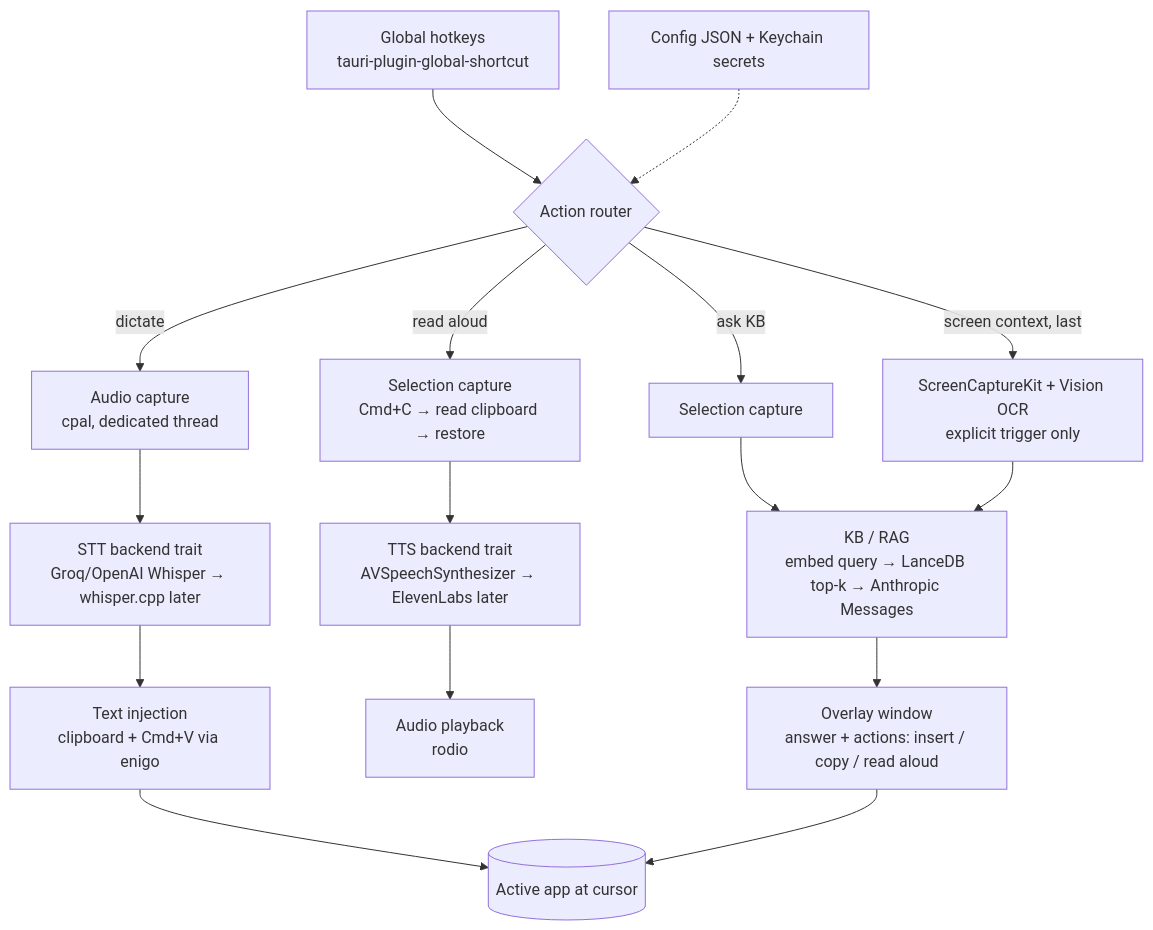
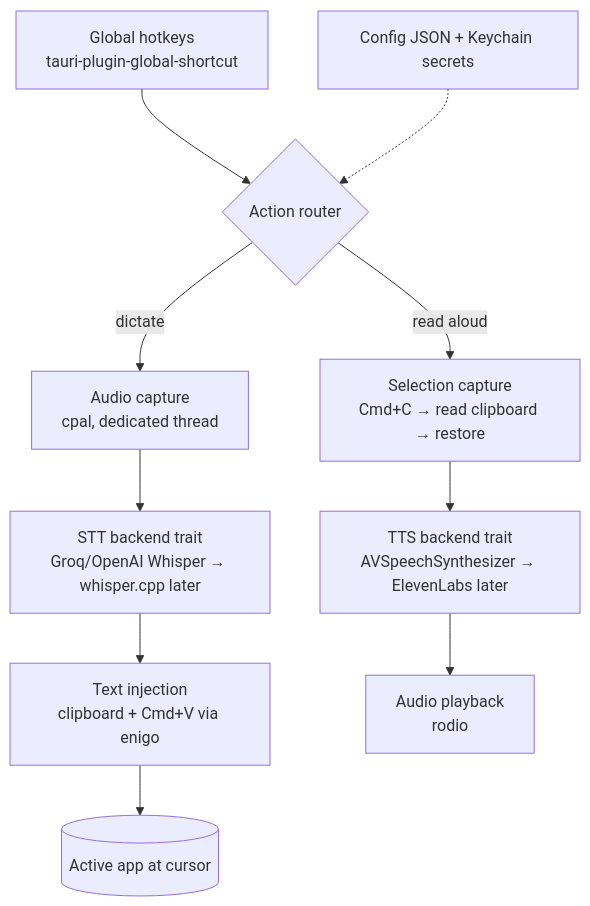
One commit to letsgetrusty/Murmur changed the diagram in docs/voice-tool-architecture.md. Above: the diagram before and after it, drawn with Mermaid. The commit also changed other lines of this file and 5 other files, not shown here.

````diff
--- a/docs/voice-tool-architecture.md
+++ b/docs/voice-tool-architecture.md
@@ -35,23 +35,15 @@
 ```mermaid
 flowchart TD
     HK[Global hotkeys<br/>tauri-plugin-global-shortcut] --> ROUTER{Action router}
 
     ROUTER -->|dictate| MIC[Audio capture<br/>cpal, dedicated thread]
     MIC --> STT[STT backend trait<br/>Groq/OpenAI Whisper → whisper.cpp later]
     STT --> INJECT[Text injection<br/>clipboard + Cmd+V via enigo]
 
     ROUTER -->|read aloud| SELT[Selection capture<br/>Cmd+C → read clipboard → restore]
     SELT --> TTS[TTS backend trait<br/>AVSpeechSynthesizer → ElevenLabs later]
     TTS --> OUT[Audio playback<br/>rodio]
 
-    ROUTER -->|ask KB| SELK[Selection capture]
-    SELK --> RAG[KB / RAG<br/>embed query → LanceDB top-k → Anthropic Messages]
-    RAG --> OVERLAY[Overlay window<br/>answer + actions: insert / copy / read aloud]
-
-    ROUTER -->|screen context, last| SCAP[ScreenCaptureKit + Vision OCR<br/>explicit trigger only]
-    SCAP --> RAG
-
     INJECT --> CURSOR[(Active app at cursor)]
-    OVERLAY --> CURSOR
     CFG[Config JSON + Keychain secrets] -.-> ROUTER
 ```
````
